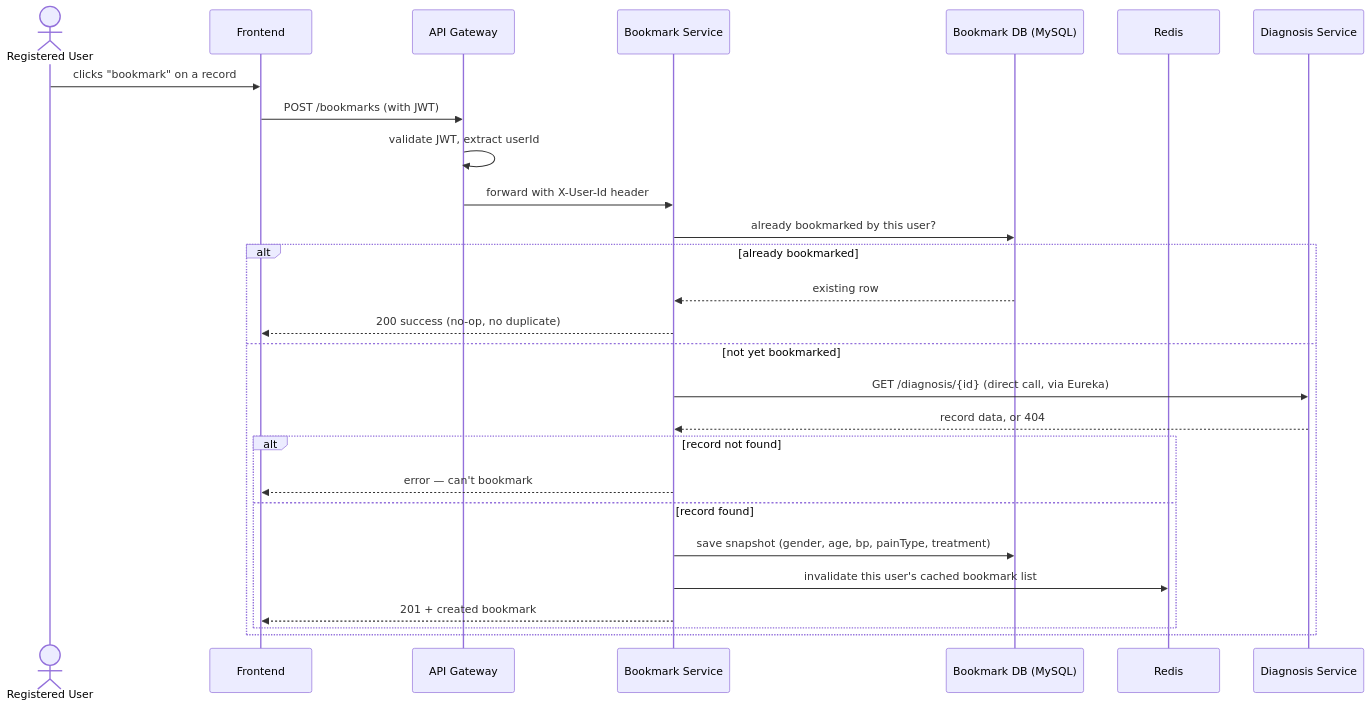
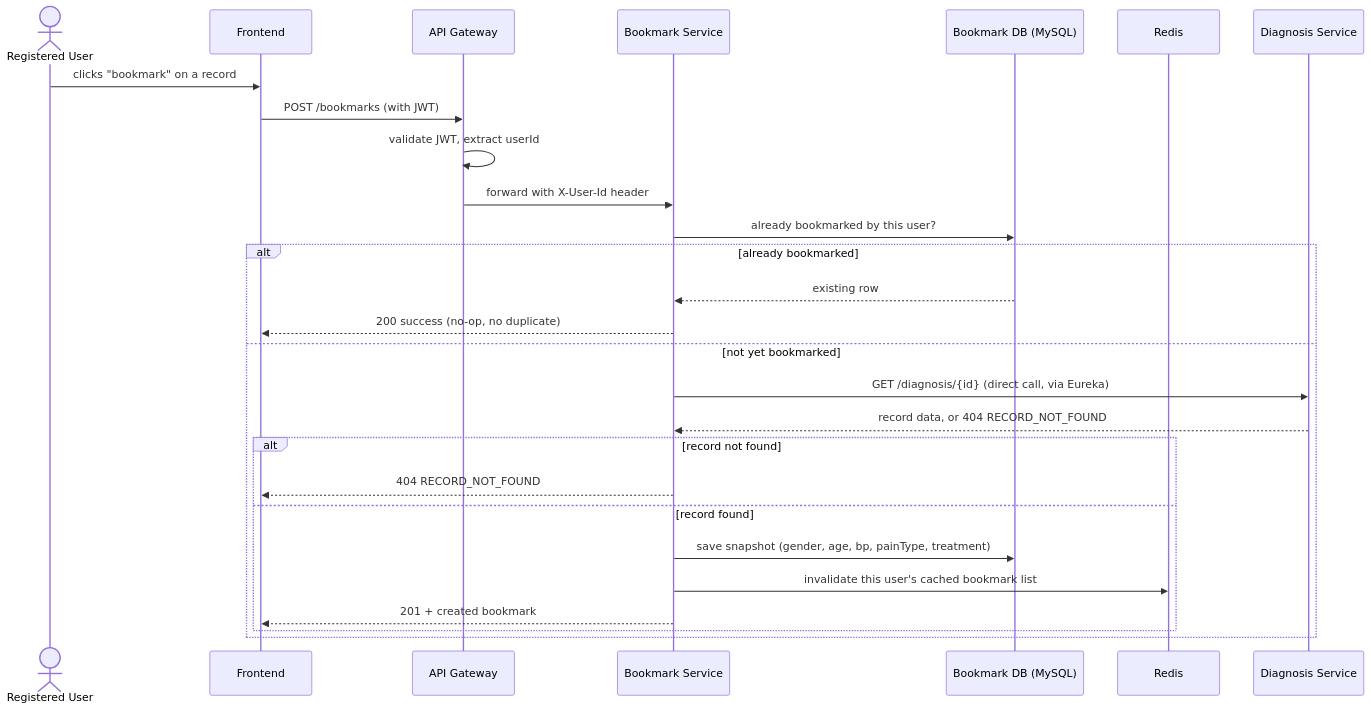
Before and after one commit to mathaisjustin/cardiac-diagonistics: the first of 3 diagrams in docs/01-services/bookmark-service/flows.md, drawn with Mermaid. The commit also changed 2 other files, not shown here.

Commit message:
Go deep on Bookmark: full schemas, error matrix, column types
api-contract.md: concrete bookmark JSON shape, exact request/response
for all three routes, error tables distinguishing RECORD_NOT_FOUND
(Diagnosis confirmed the record doesn't exist) from
DIAGNOSIS_SERVICE_UNAVAILABLE (couldn't even reach Diagnosis Service)
- different failure points, different codes. DELETE returns
BOOKMARK_NOT_FOUND identically whether the ID doesn't exist or
belongs to another user, so it can't be used to probe ownership.
POST returns 200 (not 201) on an already-bookmarked record, matching
its no-op/idempotent behavior.

data-model.md: real column types matching Diagnosis's field shapes
(diagnosis_record_id as VARCHAR(50), not assumed numeric, since it's
controlled by an external system).

This completes the depth pass on all four backend services.

Claude-Session: https://claude.ai/code/session_01PrEDR5kDbHcHziL8Nzda2t

````diff
--- a/docs/01-services/bookmark-service/flows.md
+++ b/docs/01-services/bookmark-service/flows.md
@@ -5,33 +5,33 @@
 ```mermaid
 sequenceDiagram
     actor U as Registered User
     participant FE as Frontend
     participant GW as API Gateway
     participant B as Bookmark Service
     participant DB as Bookmark DB (MySQL)
     participant R as Redis
     participant D as Diagnosis Service
 
     U->>FE: clicks "bookmark" on a record
     FE->>GW: POST /bookmarks (with JWT)
     GW->>GW: validate JWT, extract userId
     GW->>B: forward with X-User-Id header
 
     B->>DB: already bookmarked by this user?
 
     alt already bookmarked
         DB-->>B: existing row
         B-->>FE: 200 success (no-op, no duplicate)
     else not yet bookmarked
         B->>D: GET /diagnosis/{id} (direct call, via Eureka)
-        D-->>B: record data, or 404
+        D-->>B: record data, or 404 RECORD_NOT_FOUND
 
         alt record not found
-            B-->>FE: error — can't bookmark
+            B-->>FE: 404 RECORD_NOT_FOUND
         else record found
             B->>DB: save snapshot (gender, age, bp, painType, treatment)
             B->>R: invalidate this user's cached bookmark list
             B-->>FE: 201 + created bookmark
         end
     end
 ```
````
